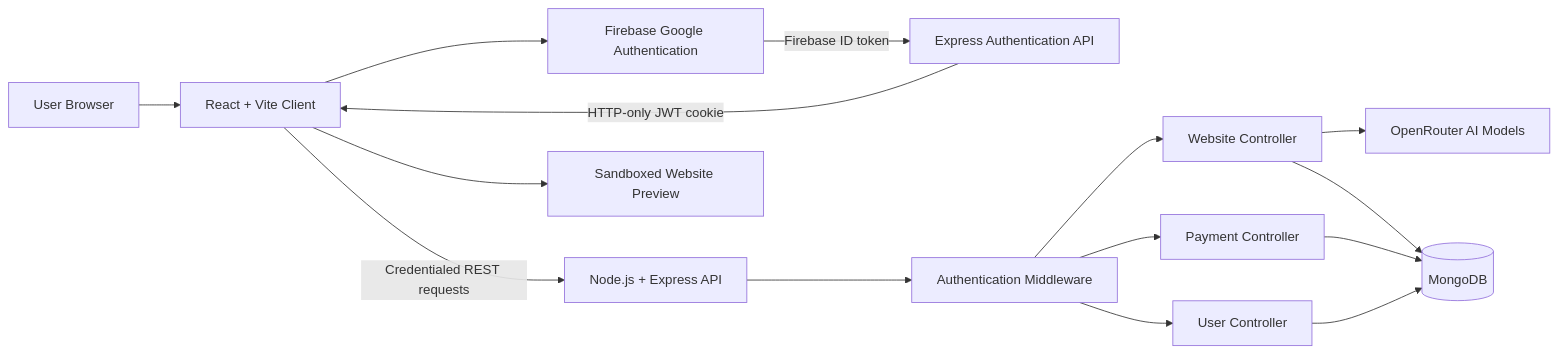
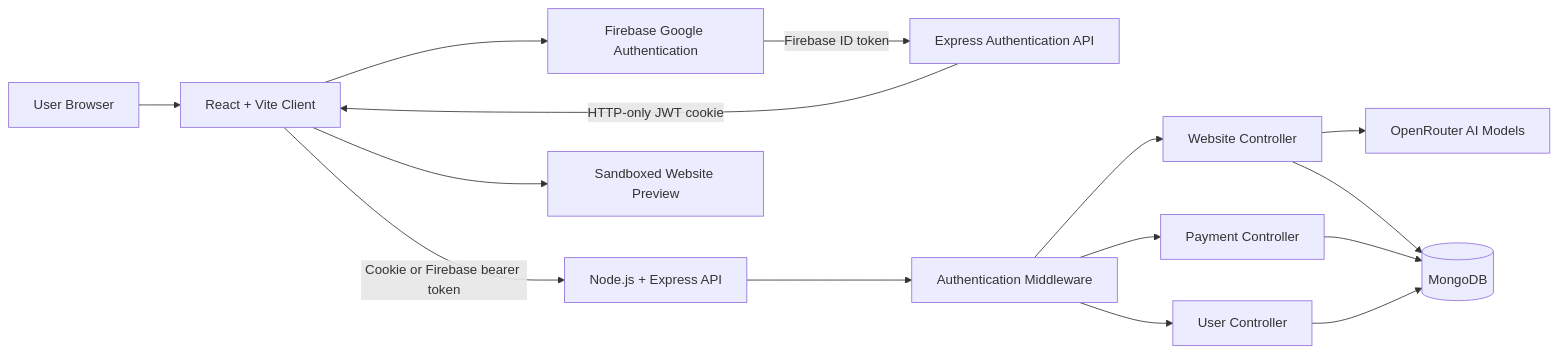
The diagram in README.md (SwaroopVNaik/Velora.AI), drawn with Mermaid before and after one commit. The commit also changed other lines of this file and 4 other files, not shown here.

````diff
--- a/README.md
+++ b/README.md
@@ -153,17 +155,17 @@
 ```mermaid
 flowchart LR
     U[User Browser] --> C[React + Vite Client]
     C --> F[Firebase Google Authentication]
     F -->|Firebase ID token| A[Express Authentication API]
     A -->|HTTP-only JWT cookie| C
-    C -->|Credentialed REST requests| API[Node.js + Express API]
+    C -->|Cookie or Firebase bearer token| API[Node.js + Express API]
     API --> AUTH[Authentication Middleware]
     AUTH --> WC[Website Controller]
     AUTH --> PC[Payment Controller]
     AUTH --> UC[User Controller]
     WC --> OR[OpenRouter AI Models]
     WC --> DB[(MongoDB)]
     PC --> DB
     UC --> DB
     C --> PREVIEW[Sandboxed Website Preview]
 ```
````
